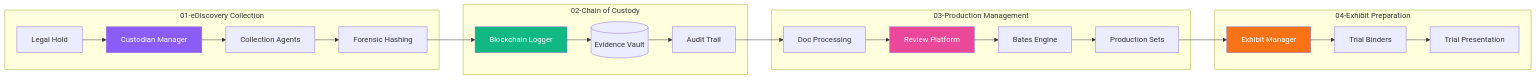
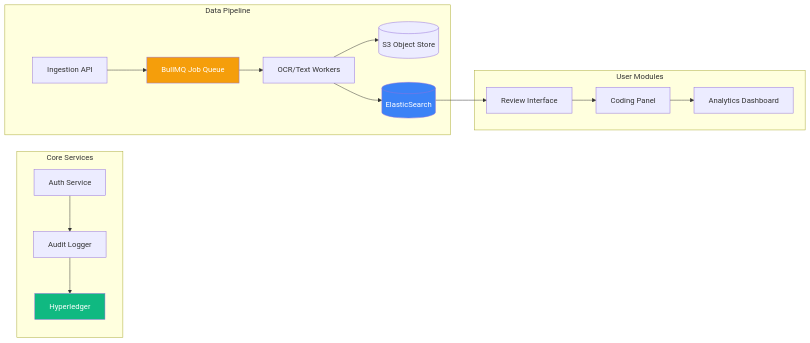
The second of 2 diagrams in business-flows/03-PRIMARY-discovery-evidence-management/PRIMARY-FLOW.md (harborgrid-justin/lexiflow-premium), drawn with Mermaid before and after one commit. The commit also changed other lines of this file and 115 other files, not shown here.

````diff
--- a/business-flows/03-PRIMARY-discovery-evidence-management/PRIMARY-FLOW.md
+++ b/business-flows/03-PRIMARY-discovery-evidence-management/PRIMARY-FLOW.md
@@ -103,32 +109,24 @@
 ```mermaid
 graph LR
-    subgraph "01-eDiscovery Collection"
-        Hold[Legal Hold] --> Custodians[Custodian Manager]
-        Custodians --> Collect[Collection Agents]
-        Collect --> Hash[Forensic Hashing]
+    subgraph "Core Services"
+        Auth[Auth Service] --> Audit[Audit Logger]
+        Audit --> Blockchain[Hyperledger]
     end
-    
-    subgraph "02-Chain of Custody"
-        Hash --> Blockchain[Blockchain Logger]
-        Blockchain --> Vault[(Evidence Vault)]
-        Vault --> Audit[Audit Trail]
+
+    subgraph "Data Pipeline"
+        Ingest[Ingestion API] --> Queue[BullMQ Job Queue]
+        Queue --> Workers[OCR/Text Workers]
+        Workers --> Storage[(S3 Object Store)]
+        Workers --> Search[(ElasticSearch)]
     end
-    
-    subgraph "03-Production Management"
-        Audit --> Processing[Doc Processing]
-        Processing --> Review[Review Platform]
-        Review --> Bates[Bates Engine]
-        Bates --> Production[Production Sets]
+
+    subgraph "User Modules"
+        Search --> ReviewUI[Review Interface]
+        ReviewUI --> Coding[Coding Panel]
+        Coding --> Analytics[Analytics Dashboard]
     end
-    
-    subgraph "04-Exhibit Preparation"
-        Production --> Exhibits[Exhibit Manager]
-        Exhibits --> Binders[Trial Binders]
-        Binders --> Presentation[Trial Presentation]
-    end
-    
-    style Custodians fill:#8b5cf6,color:#fff
+
     style Blockchain fill:#10b981,color:#fff
-    style Review fill:#ec4899,color:#fff
-    style Exhibits fill:#f97316,color:#fff
+    style Queue fill:#f59e0b,color:#fff
+    style Search fill:#3b82f6,color:#fff
 ```
````
